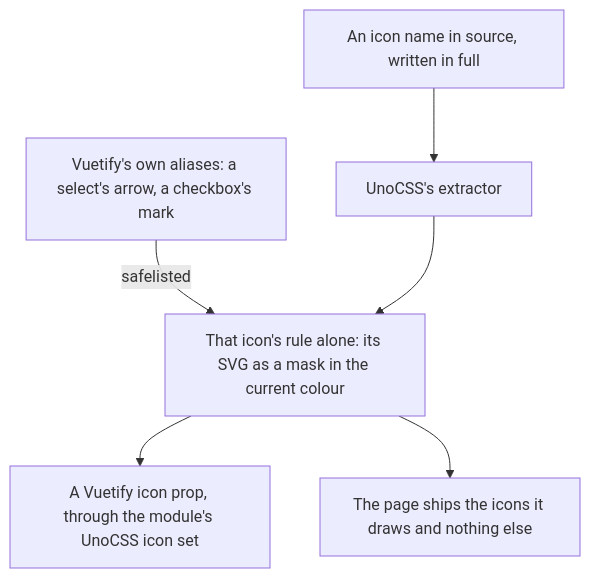
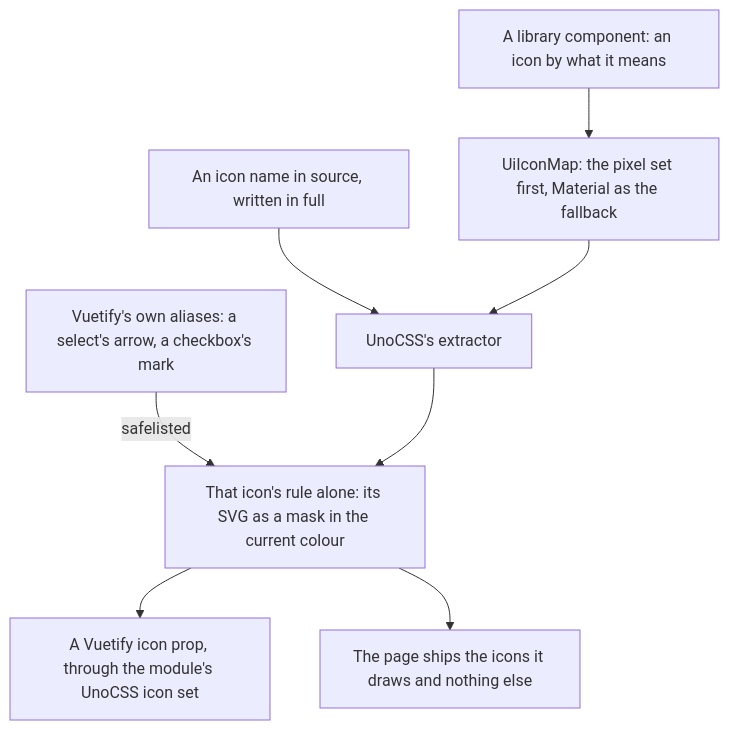
Before and after one commit to Esposter/Esposter: the second of 2 diagrams in apps/web/content/docs/architecture/ui-library.md, drawn with Mermaid. The commit also changed other lines of this file and 15 other files, not shown here.

First line of the commit message:
feat(ui-library): the pixel icon set behind a map from meaning to icon, first drawn in the agent console

````diff
--- a/apps/web/content/docs/architecture/ui-library.md
+++ b/apps/web/content/docs/architecture/ui-library.md
@@ -39,8 +39,10 @@
 ```mermaid
 flowchart TD
   S[An icon name in source, written in full] --> X[UnoCSS's extractor]
   A[Vuetify's own aliases: a select's arrow, a checkbox's mark] -->|safelisted| G
   X --> G[That icon's rule alone: its SVG as a mask in the current colour]
+  L[A library component: an icon by what it means] --> M[UiIconMap: the pixel set first, Material as the fallback]
+  M --> X
   G --> V[A Vuetify icon prop, through the module's UnoCSS icon set]
   G --> P[The page ships the icons it draws and nothing else]
 ```
````
